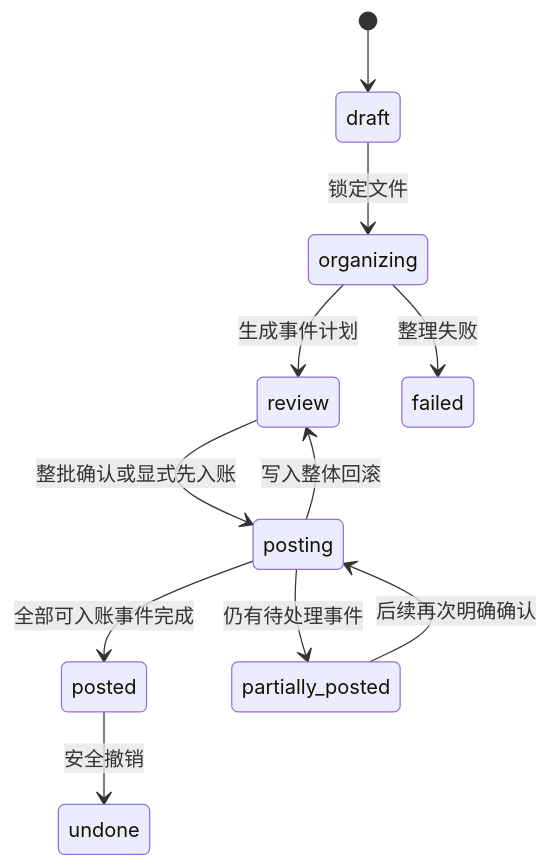
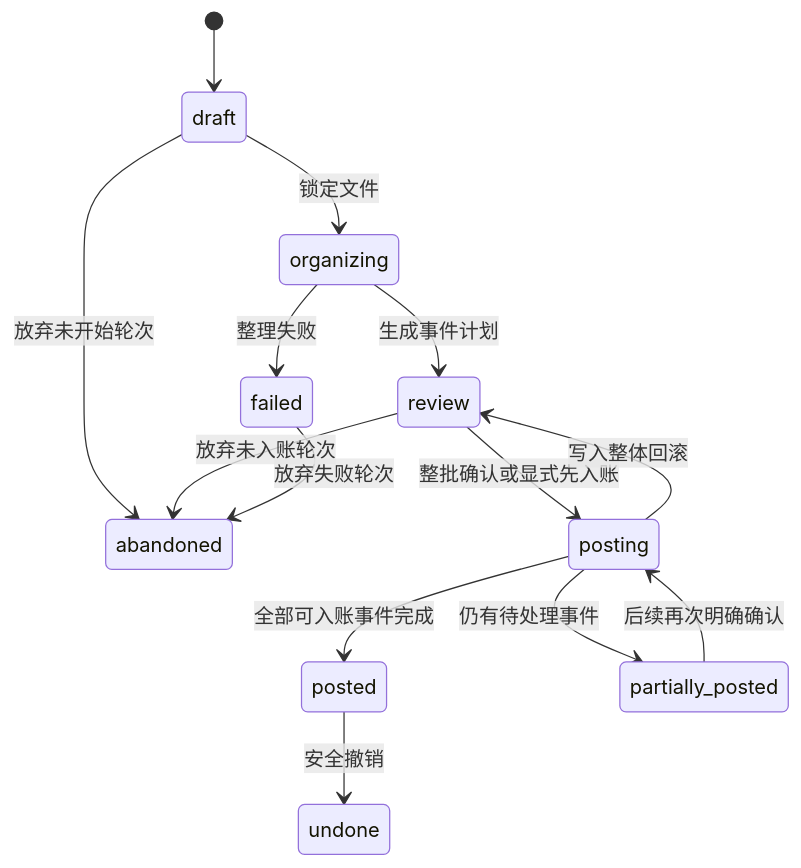
The third of 3 diagrams in docs/个人财务架构设计.md (gaohongxiang/catledger), drawn with Mermaid before and after one commit. The commit also changed other lines of this file and 26 other files, not shown here.

```diff
--- a/docs/个人财务架构设计.md
+++ b/docs/个人财务架构设计.md
@@ -114,13 +114,16 @@
 ~~~mermaid
 stateDiagram-v2
     [*] --> draft
     draft --> organizing: 锁定文件
     organizing --> review: 生成事件计划
+    organizing --> failed: 整理失败
+    draft --> abandoned: 放弃未开始轮次
+    review --> abandoned: 放弃未入账轮次
+    failed --> abandoned: 放弃失败轮次
     review --> posting: 整批确认或显式先入账
     posting --> posted: 全部可入账事件完成
     posting --> partially_posted: 仍有待处理事件
     partially_posted --> posting: 后续再次明确确认
-    organizing --> failed: 整理失败
     posting --> review: 写入整体回滚
     posted --> undone: 安全撤销
 ~~~
```
